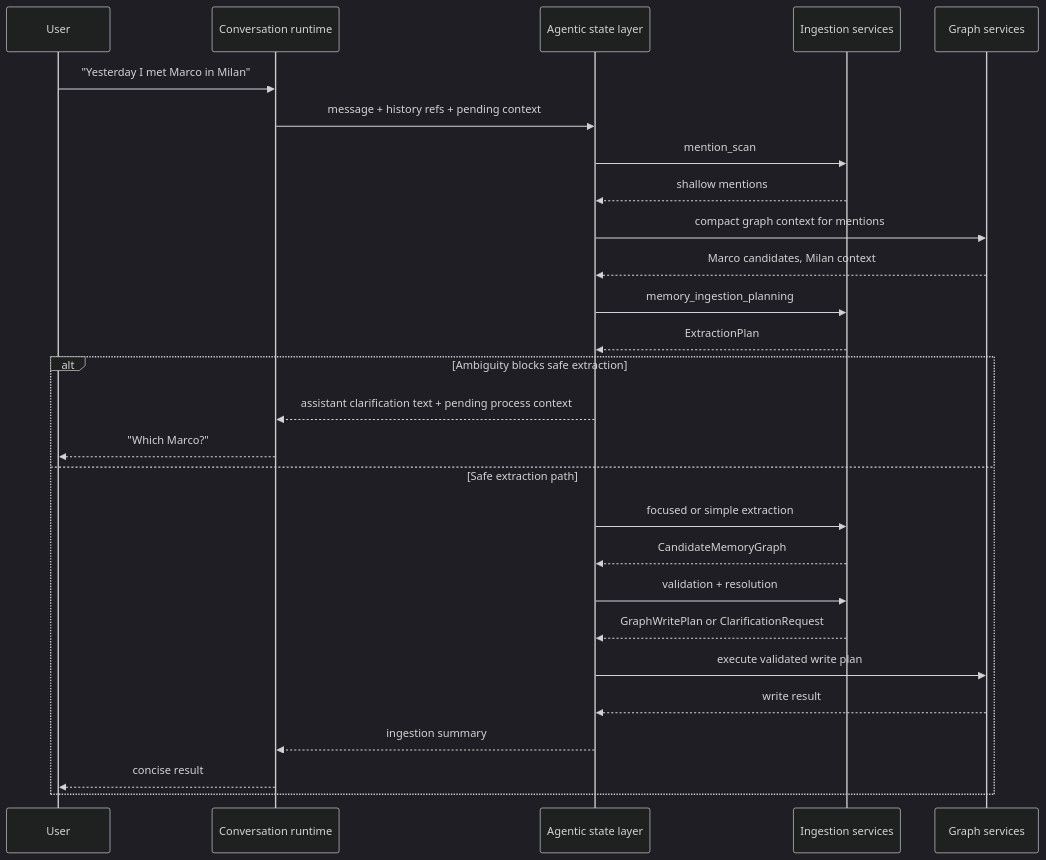
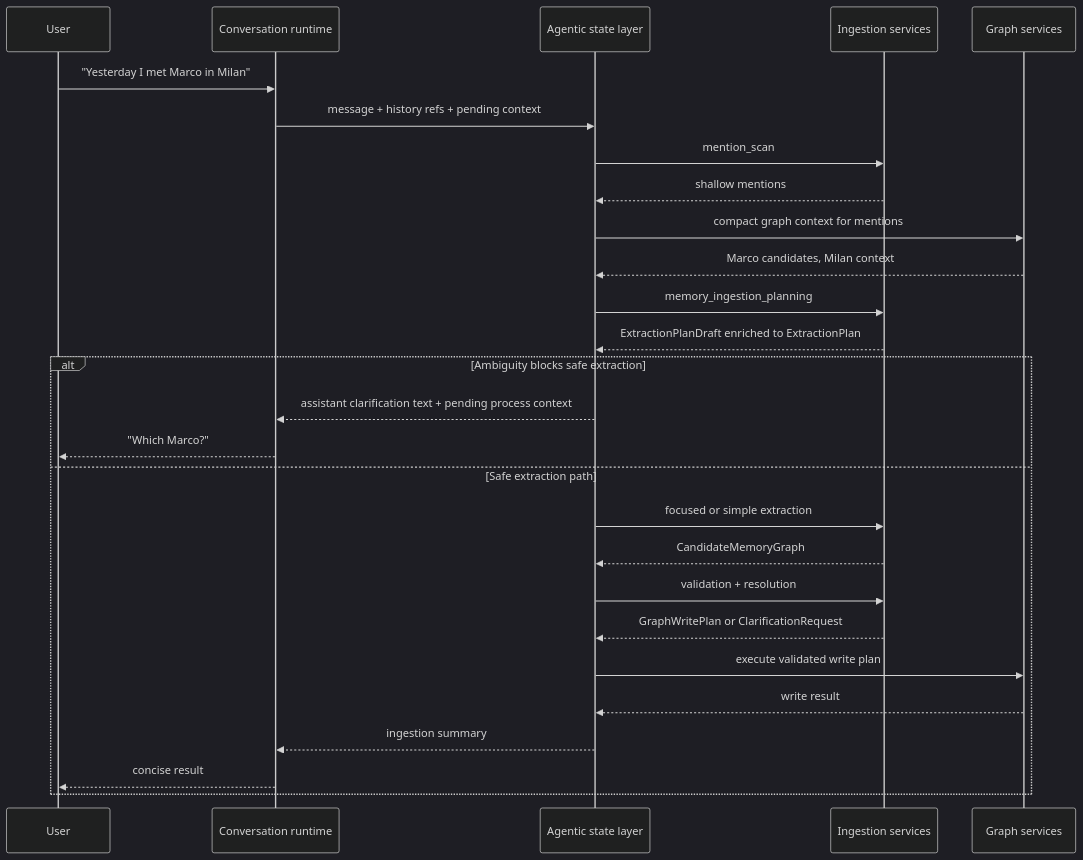
The third of 3 diagrams in docs/architecture/agentic-orchestration.md (applebar17/my-digital-brain), drawn with Mermaid (dark theme) before and after one commit. The commit also changed other lines of this file and 25 other files, not shown here.

````diff
--- a/docs/architecture/agentic-orchestration.md
+++ b/docs/architecture/agentic-orchestration.md
@@ -293,30 +294,30 @@
 ```mermaid
 sequenceDiagram
     participant U as User
     participant R as Conversation runtime
     participant O as Agentic state layer
     participant I as Ingestion services
     participant G as Graph services
 
     U->>R: "Yesterday I met Marco in Milan"
     R->>O: message + history refs + pending context
     O->>I: mention_scan
     I-->>O: shallow mentions
     O->>G: compact graph context for mentions
     G-->>O: Marco candidates, Milan context
     O->>I: memory_ingestion_planning
-    I-->>O: ExtractionPlan
+    I-->>O: ExtractionPlanDraft enriched to ExtractionPlan
     alt Ambiguity blocks safe extraction
         O-->>R: assistant clarification text + pending process context
         R-->>U: "Which Marco?"
     else Safe extraction path
         O->>I: focused or simple extraction
         I-->>O: CandidateMemoryGraph
         O->>I: validation + resolution
         I-->>O: GraphWritePlan or ClarificationRequest
         O->>G: execute validated write plan
         G-->>O: write result
         O-->>R: ingestion summary
         R-->>U: concise result
     end
 ```
````
